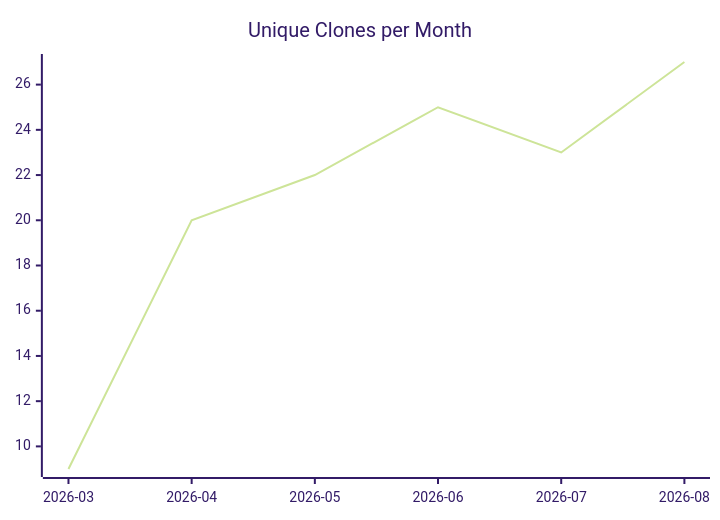
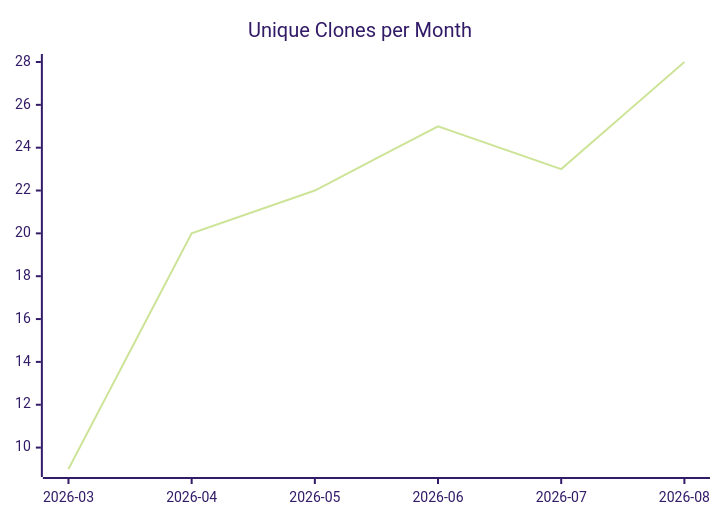
Before and after one commit to justdavis-family/github-analytics-data: the third of 3 diagrams in karlmdavis/kxml2/README.md, drawn with Mermaid (forest theme). The commit also changed other lines of this file and 184 other files, not shown here.

````diff
--- a/karlmdavis/kxml2/README.md
+++ b/karlmdavis/kxml2/README.md
@@ -19,6 +19,6 @@
 ```mermaid
 xychart-beta
   title "Unique Clones per Month"
   x-axis ["2026-03", "2026-04", "2026-05", "2026-06", "2026-07", "2026-08"]
-  line [9, 20, 22, 25, 23, 27]
+  line [9, 20, 22, 25, 23, 28]
 ```
````
